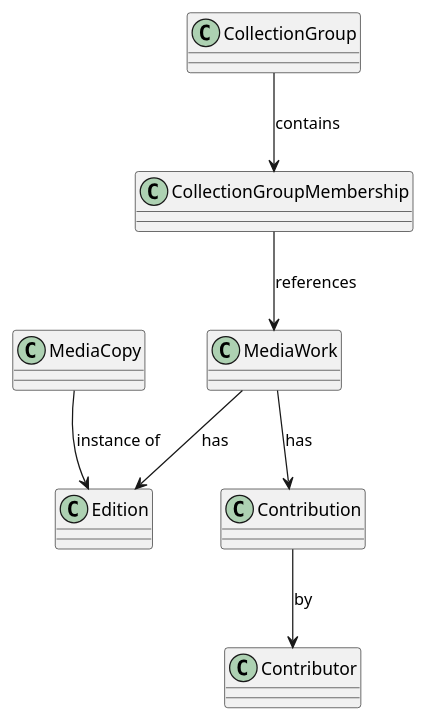
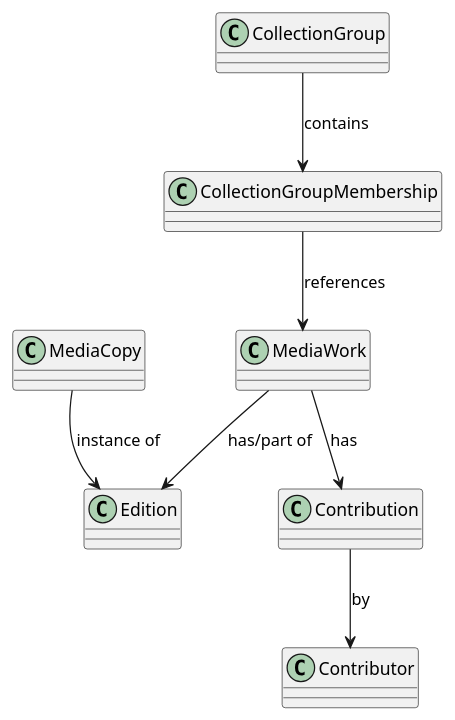
Before and after one commit to yantue/colleq: the diagram in docs/uml/domain/domain-overview.puml, drawn with PlantUML. The commit also changed 4 other files, not shown here.

Commit message:
docs: Add edition as aggregate root and refactor media work

```diff
--- a/docs/uml/domain/domain-overview.puml
+++ b/docs/uml/domain/domain-overview.puml
@@ -1,21 +1,21 @@
 @startuml
 skinparam classAttributeIconSize 0
 
 class MediaWork
 class Edition
 class MediaCopy
 class CollectionGroup
 class CollectionGroupMembership
 class Contribution
 class Contributor
 
 CollectionGroup --> CollectionGroupMembership : contains
 CollectionGroupMembership --> MediaWork : references
 
-MediaWork --> Edition : has
+MediaWork --> Edition : has/part of
 MediaCopy --> Edition : instance of
 
 MediaWork --> Contribution : has
 Contribution --> Contributor : by
 
 @enduml
```
